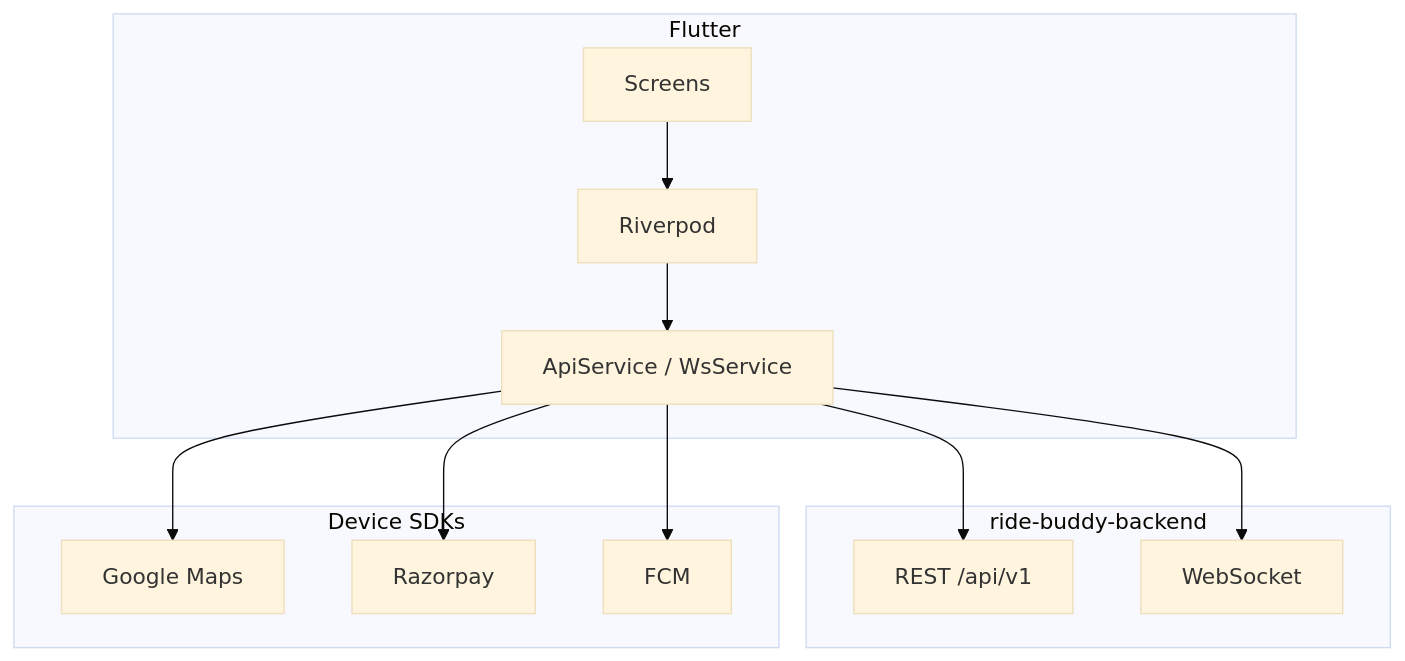
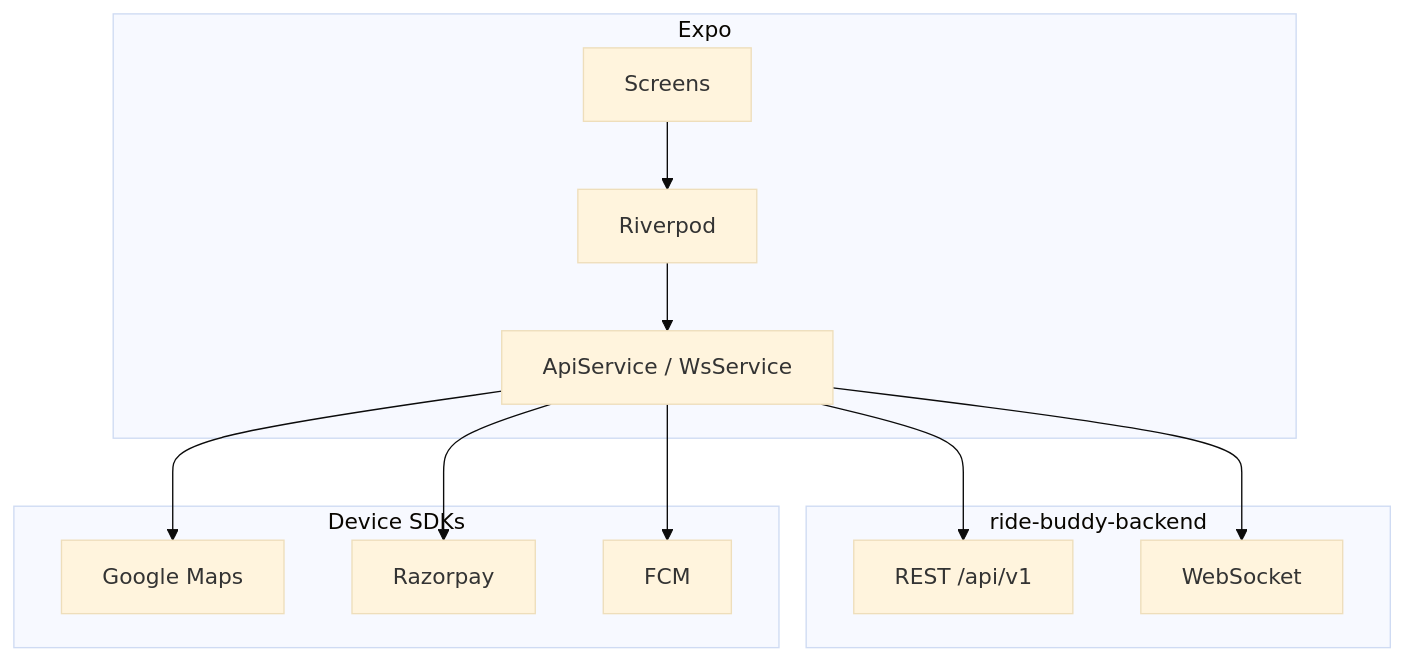
Before and after one commit to alnlabs/ride-buddy-mobile: the diagram in plan.md, drawn with Mermaid (base theme). The commit also changed other lines of this file and 325 other files, not shown here.

First line of the commit message:
Replace the Flutter client with the Expo RideBuddy app.

````diff
--- a/plan.md
+++ b/plan.md
@@ -80,26 +80,26 @@
 ```mermaid
 flowchart TB
-  subgraph app [Flutter]
+  subgraph app [Expo]
     UI[Screens]
     RP[Riverpod]
     SVC[ApiService / WsService]
     UI --> RP --> SVC
   end
 
   subgraph backend [ride-buddy-backend]
     REST[REST /api/v1]
     WS[WebSocket]
   end
 
   subgraph sdk [Device SDKs]
     Maps[Google Maps]
     RZP[Razorpay]
     FCM[FCM]
   end
 
   SVC --> REST
   SVC --> WS
   SVC --> Maps
   SVC --> RZP
   SVC --> FCM
 ```
````
